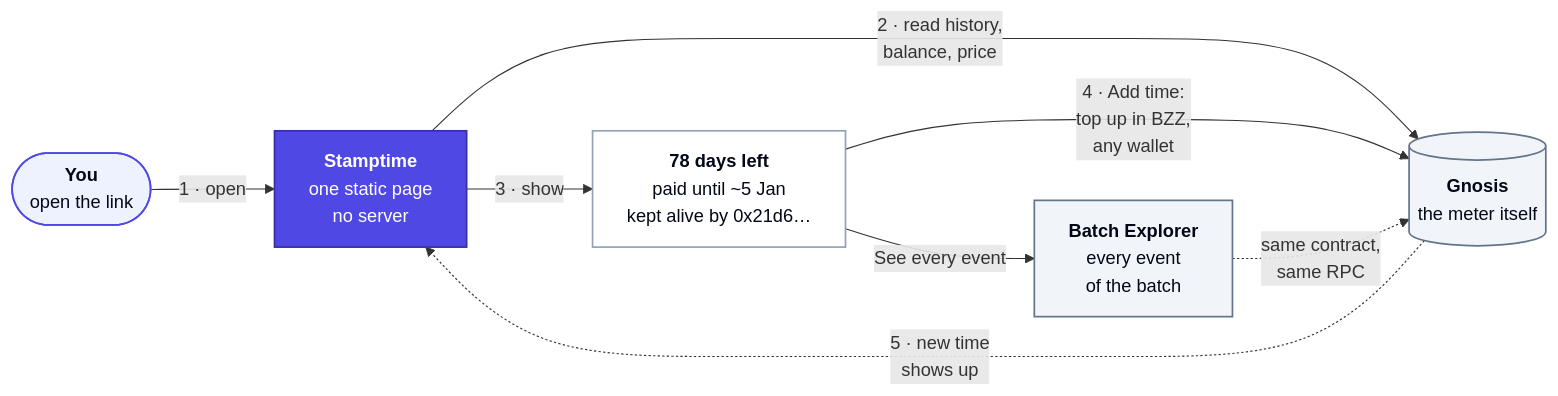
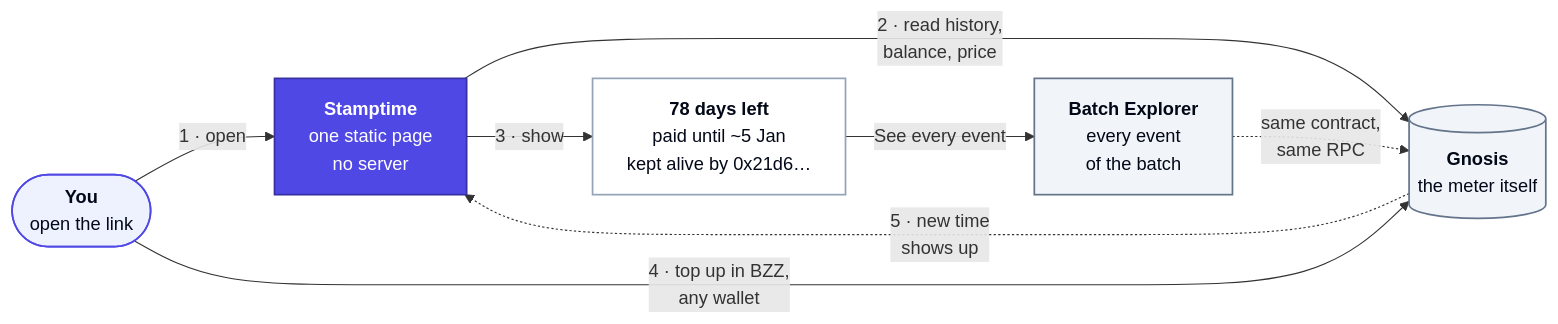
One commit to tonytony32/stamptime changed the first of 2 diagrams in README.md. Above: the diagram before and after it, drawn with Mermaid. The commit also changed other lines of this file and 6 other files, not shown here.

````diff
--- a/README.md
+++ b/README.md
@@ -22,25 +22,25 @@
 ```mermaid
 flowchart LR
   you(["<b>You</b><br/>open the link"])
   page["<b>Stamptime</b><br/>one static page<br/>no server"]
   chain[("<b>Gnosis</b><br/>the meter itself")]
   screen["<b>78 days left</b><br/>paid until ~5 Jan<br/>kept alive by 0x21d6…"]
   explorer["<b>Batch Explorer</b><br/>every event<br/>of the batch"]
 
   you -- "1 · open" --> page
   page -- "2 · read history,<br/>balance, price" --> chain
   page -- "3 · show" --> screen
-  screen -- "4 · Add time:<br/>top up in BZZ,<br/>any wallet" --> chain
+  you -- "4 · top up in BZZ,<br/>any wallet" --> chain
   chain -. "5 · new time<br/>shows up" .-> page
   screen -- "See every event" --> explorer
   explorer -. "same contract,<br/>same RPC" .-> chain
 
   classDef person fill:#EEF2FF,stroke:#5048E5,stroke-width:1.5px,color:#020817
   classDef star fill:#5048E5,stroke:#3730A3,stroke-width:1.5px,color:#FFFFFF
   classDef plain fill:#F1F5F9,stroke:#64748B,stroke-width:1.5px,color:#020817
   classDef card fill:#FFFFFF,stroke:#94A3B8,stroke-width:1.5px,color:#020817
   class you person
   class page star
   class chain,explorer plain
   class screen card
 ```
````
